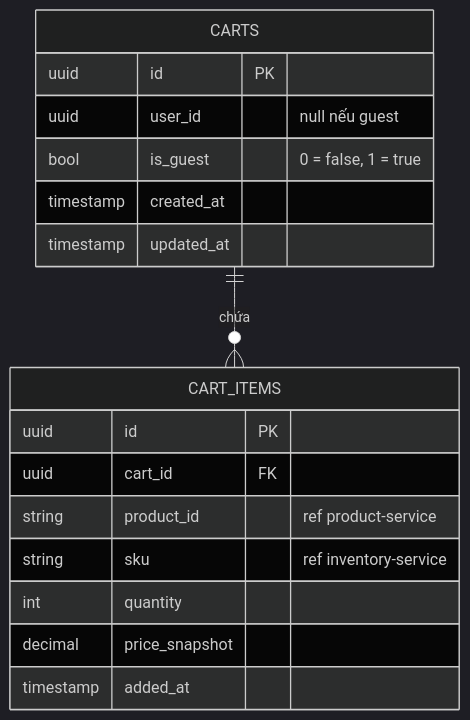
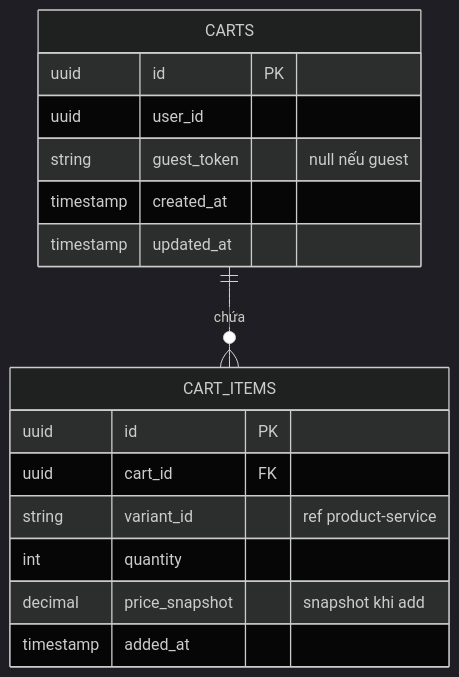
One commit to nguyenhuynhphuongloc/AdvanceTechnology changed the fifth of 8 diagrams in my-app/microservice-architecture.md. Above: the diagram before and after it, drawn with Mermaid (dark theme). The commit also changed other lines of this file and 15 other files, not shown here.

````diff
--- a/my-app/microservice-architecture.md
+++ b/my-app/microservice-architecture.md
@@ -402,20 +420,19 @@
 ```mermaid
 erDiagram
     CARTS {
-        uuid    id          PK
-        uuid    user_id     "null nếu guest"
-        bool 	is_guest	"0 = false, 1 = true"
+        uuid    id              PK
+        uuid    user_id
+        string  guest_token     "null nếu guest"
         timestamp created_at
         timestamp updated_at
     }
     CART_ITEMS {
         uuid    id              PK
         uuid    cart_id         FK
-        string  product_id      "ref product-service"
-        string  sku             "ref inventory-service"
+        string  variant_id      "ref product-service"
         int     quantity
-        decimal price_snapshot
+        decimal price_snapshot  "snapshot khi add"
         timestamp added_at
     }
     CARTS ||--o{ CART_ITEMS : "chứa"
 ```
````
